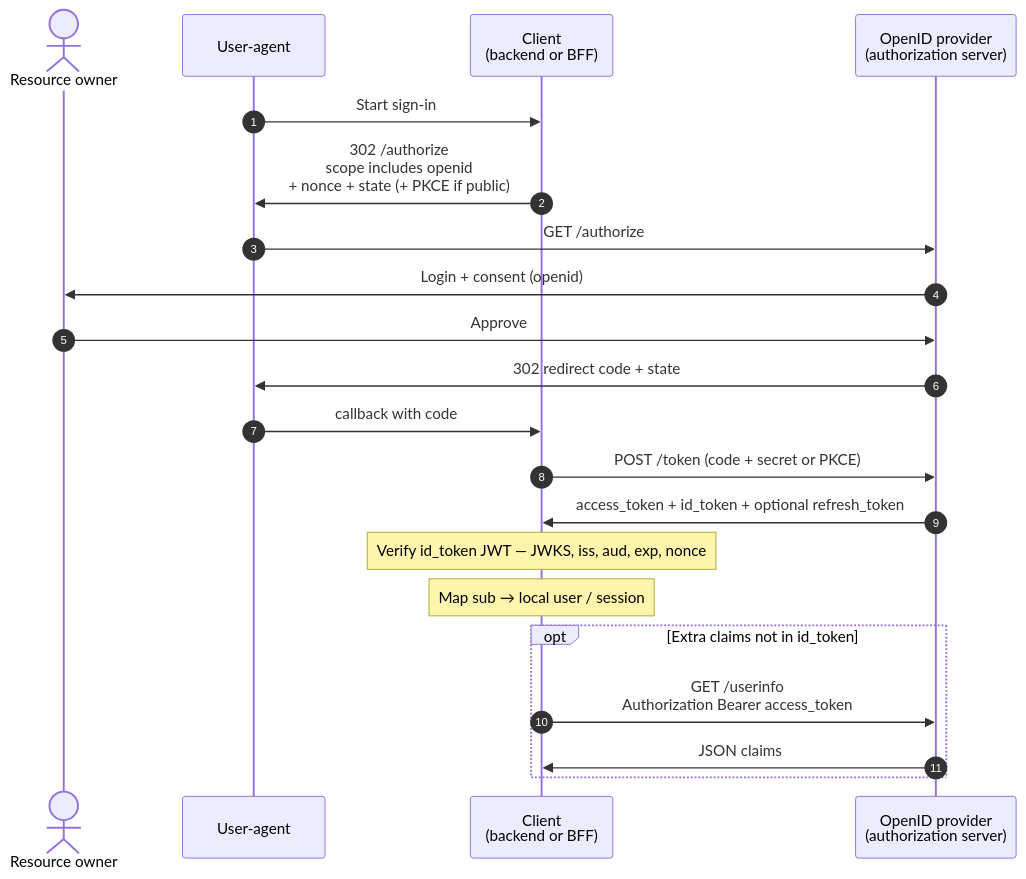
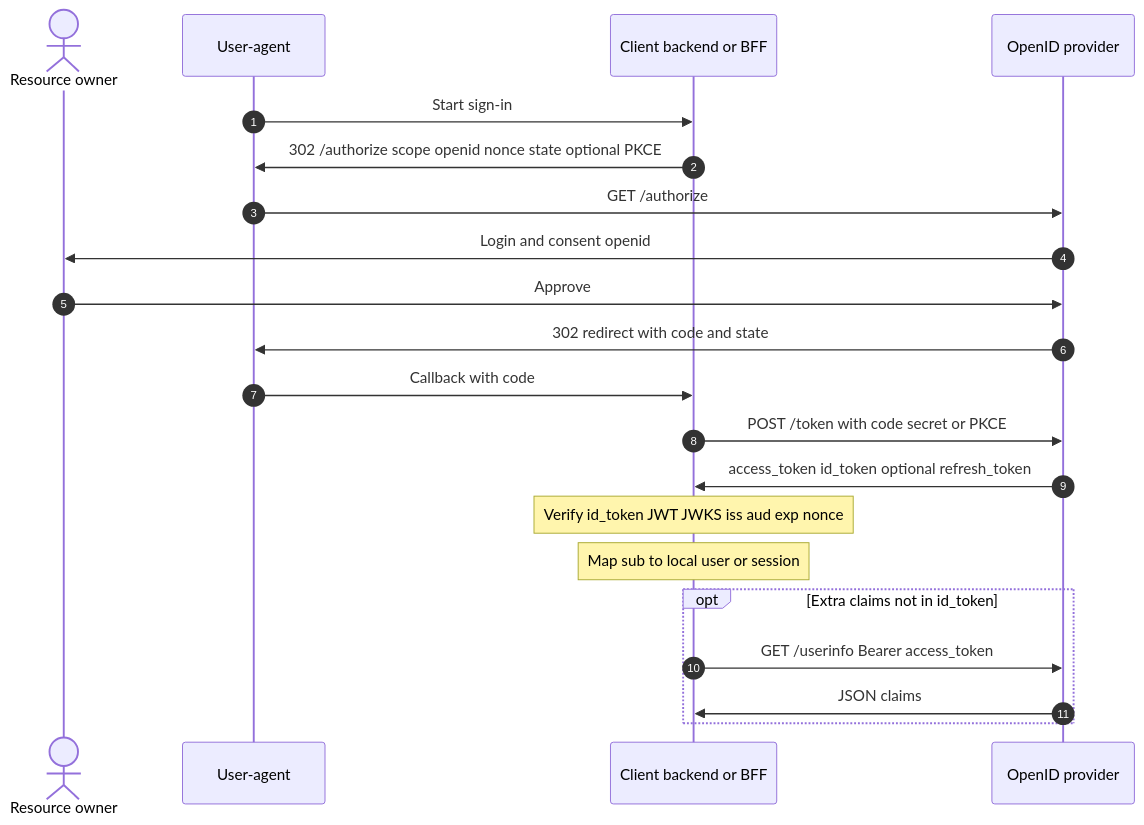
Before and after one commit to JulienDemarque/senior-dev-cheatsheet: the third of 3 diagrams in 03-auth-and-security.md, drawn with Mermaid. The commit also changed other lines of this file, not shown here.

Commit message:
fix: diagrams rendering

````diff
--- a/03-auth-and-security.md
+++ b/03-auth-and-security.md
@@ -103,26 +104,26 @@
 ```mermaid
 sequenceDiagram
     autonumber
     actor RO as Resource owner
     participant UA as User-agent
-    participant C as Client<br/>(backend or BFF)
-    participant OP as OpenID provider<br/>(authorization server)
+    participant C as Client backend or BFF
+    participant OP as OpenID provider
 
     UA->>C: Start sign-in
-    C->>UA: 302 /authorize<br/>scope includes openid<br/>+ nonce + state (+ PKCE if public)
+    C->>UA: 302 /authorize scope openid nonce state optional PKCE
     UA->>OP: GET /authorize
-    OP->>RO: Login + consent (openid)
+    OP->>RO: Login and consent openid
     RO->>OP: Approve
-    OP->>UA: 302 redirect code + state
-    UA->>C: callback with code
-    C->>OP: POST /token (code + secret or PKCE)
-    OP->>C: access_token + id_token + optional refresh_token
+    OP->>UA: 302 redirect with code and state
+    UA->>C: Callback with code
+    C->>OP: POST /token with code secret or PKCE
+    OP->>C: access_token id_token optional refresh_token
 
-    Note over C: Verify id_token JWT — JWKS, iss, aud, exp, nonce
-    Note over C: Map sub → local user / session
+    Note over C: Verify id_token JWT JWKS iss aud exp nonce
+    Note over C: Map sub to local user or session
 
     opt Extra claims not in id_token
-        C->>OP: GET /userinfo<br/>Authorization Bearer access_token
+        C->>OP: GET /userinfo Bearer access_token
         OP->>C: JSON claims
     end
 ```
````
